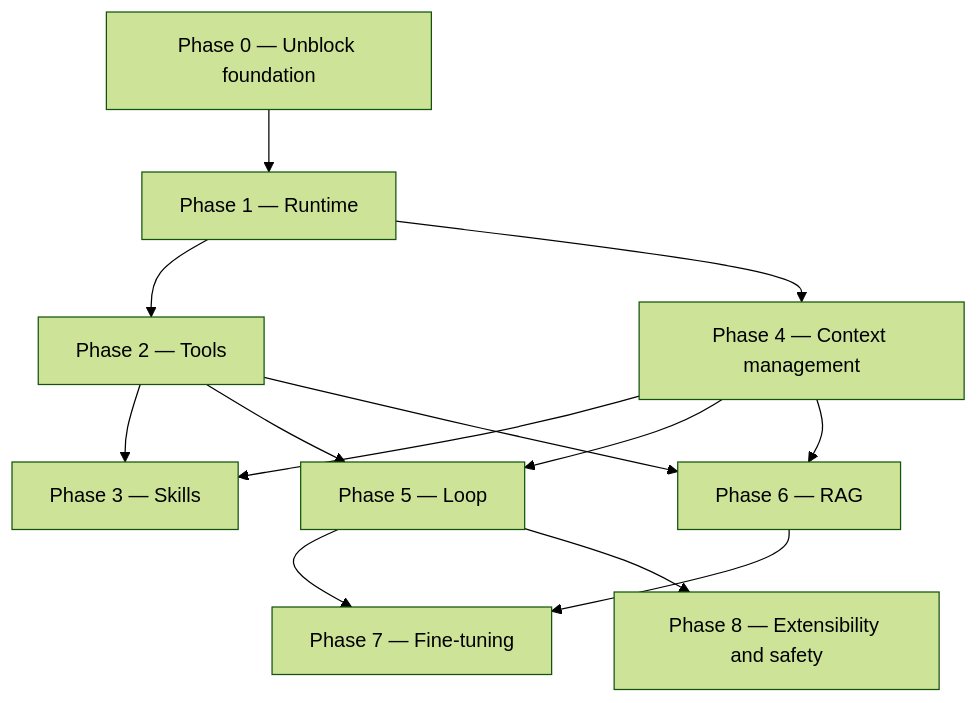
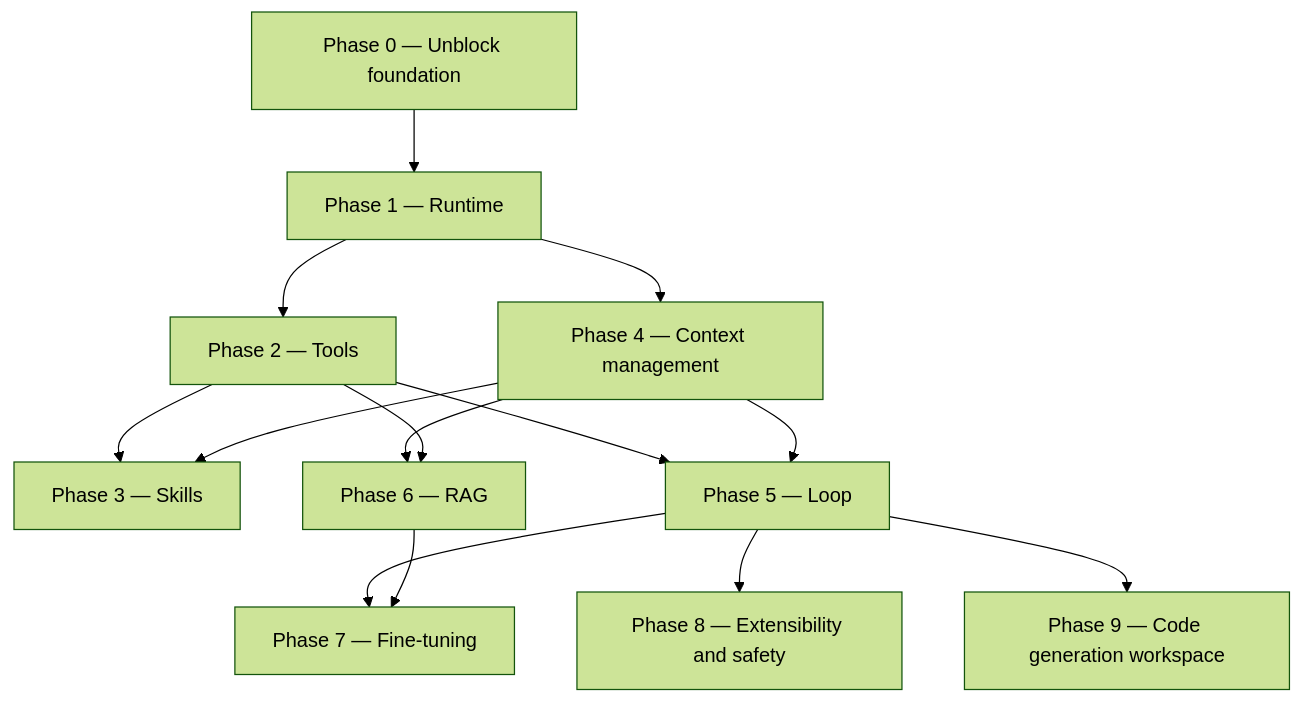
Before and after one commit to Fizzisme/catronaut: the diagram in ROADMAP.md, drawn with Mermaid (forest theme). The commit also changed other lines of this file and 1 other file, not shown here.

````diff
--- a/ROADMAP.md
+++ b/ROADMAP.md
@@ -33,15 +33,16 @@
 ```mermaid
 graph TD
   P0[Phase 0 — Unblock foundation] --> P1[Phase 1 — Runtime]
   P1 --> P2[Phase 2 — Tools]
   P1 --> P4[Phase 4 — Context management]
   P2 --> P3[Phase 3 — Skills]
   P4 --> P3
   P2 --> P5[Phase 5 — Loop]
   P4 --> P5
   P4 --> P6[Phase 6 — RAG]
   P2 --> P6
   P5 --> P7[Phase 7 — Fine-tuning]
   P6 --> P7
   P5 --> P8[Phase 8 — Extensibility and safety]
+  P5 --> P9[Phase 9 — Code generation workspace]
 ```
````
